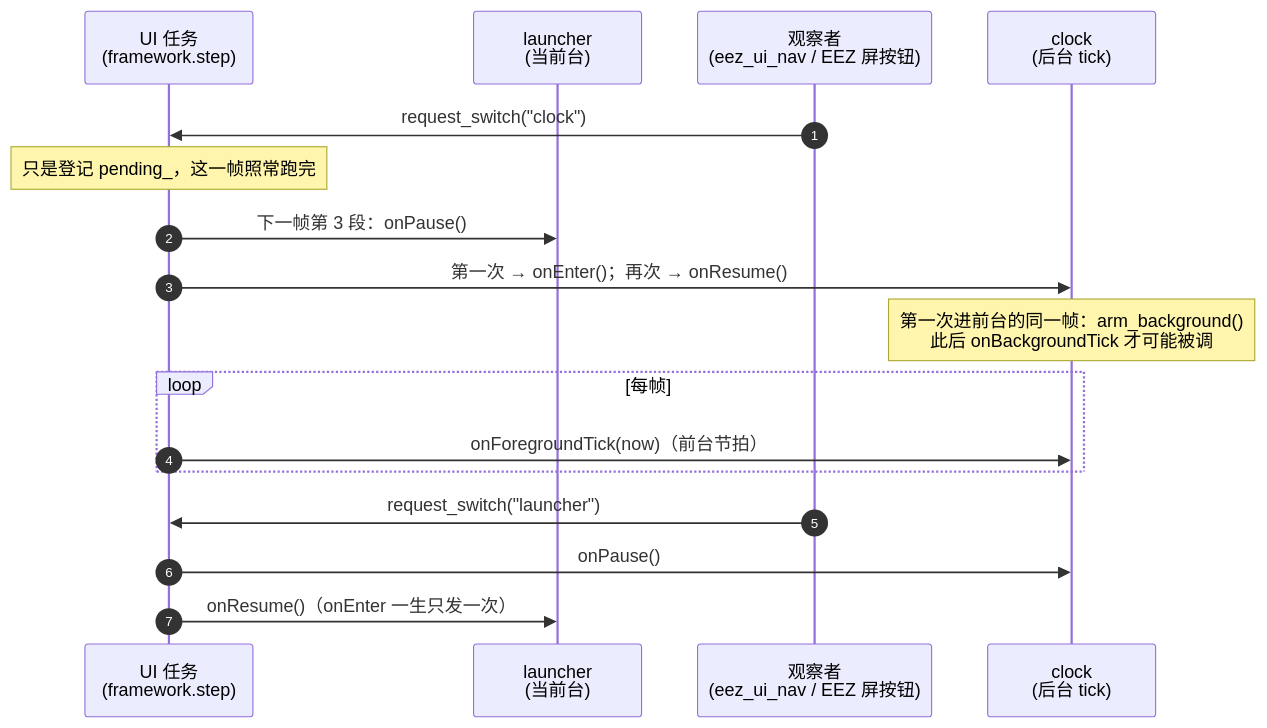
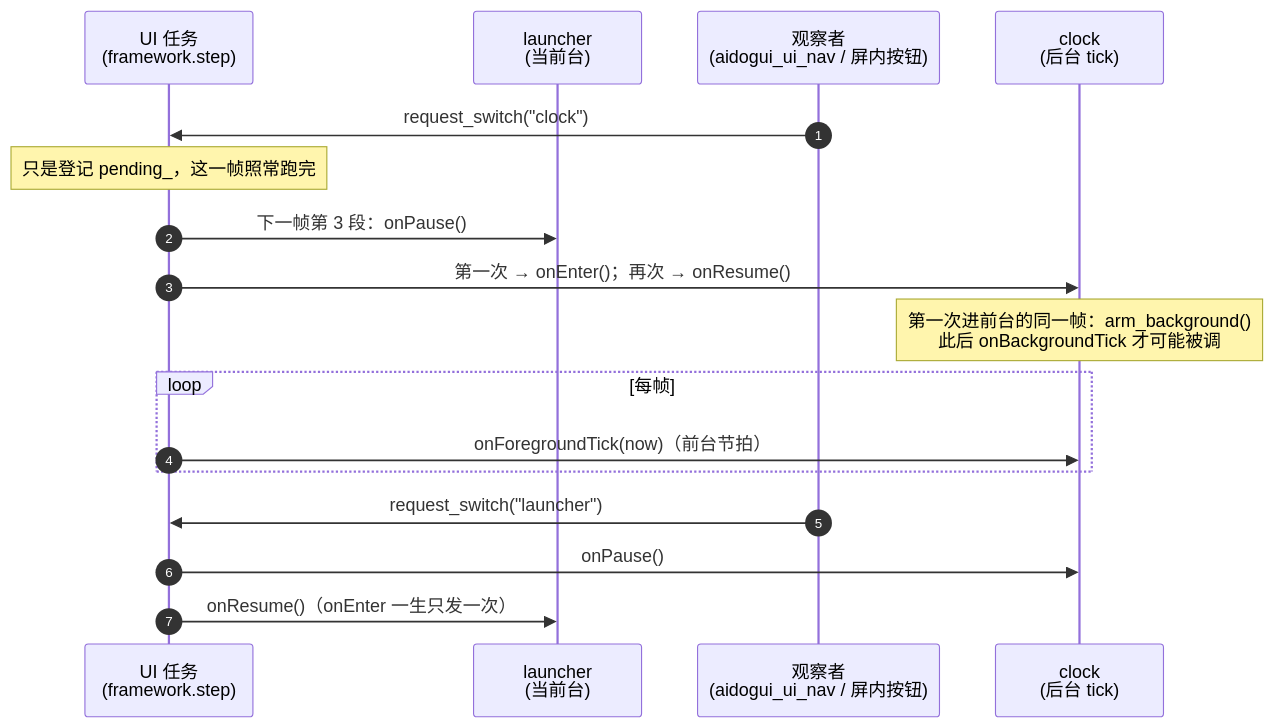
Before and after one commit to ruixuezhao890/Embark: the third of 6 diagrams in docs/concepts/app-lifecycle.md, drawn with Mermaid. The commit also changed other lines of this file and 146 other files, not shown here.

````diff
--- a/docs/concepts/app-lifecycle.md
+++ b/docs/concepts/app-lifecycle.md
@@ -87,20 +87,20 @@
 ```mermaid
 sequenceDiagram
     autonumber
     participant UI as UI 任务<br/>(framework.step)
     participant LAU as launcher<br/>(当前台)
-    participant BR as 观察者<br/>(eez_ui_nav / EEZ 屏按钮)
+    participant BR as 观察者<br/>(aidogui_ui_nav / 屏内按钮)
     participant CLK as clock<br/>(后台 tick)
 
     BR->>UI: request_switch("clock")
     Note over UI: 只是登记 pending_，这一帧照常跑完
     UI->>LAU: 下一帧第 3 段：onPause()
     UI->>CLK: 第一次 → onEnter()；再次 → onResume()
     Note over CLK: 第一次进前台的同一帧：arm_background()<br/>此后 onBackgroundTick 才可能被调
     loop 每帧
         UI->>CLK: onForegroundTick(now)（前台节拍）
     end
     BR->>UI: request_switch("launcher")
     UI->>CLK: onPause()
     UI->>LAU: onResume()（onEnter 一生只发一次）
 ```
````
